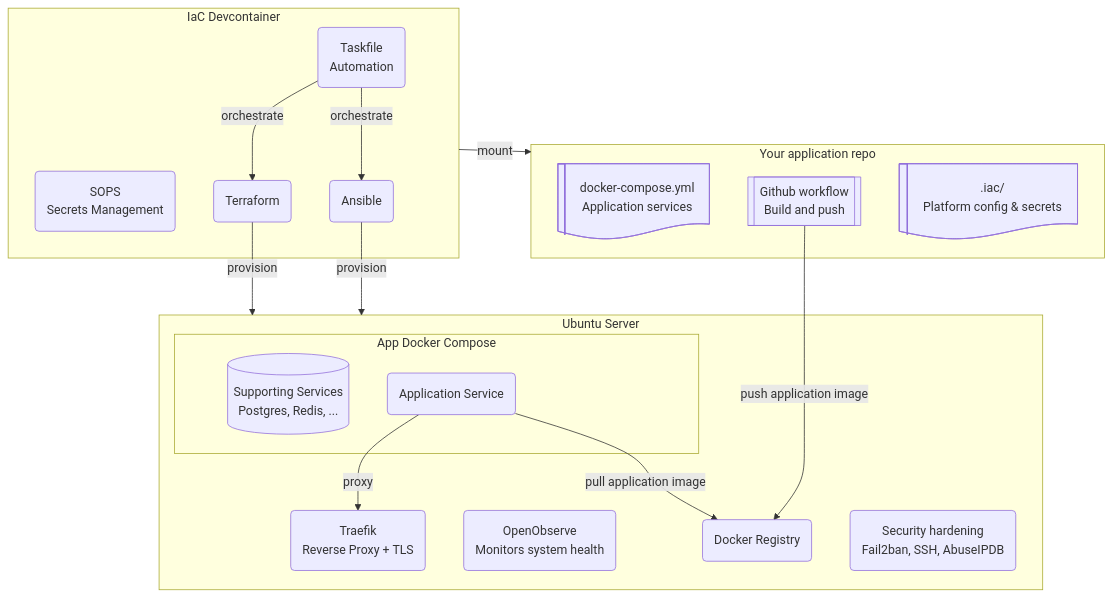
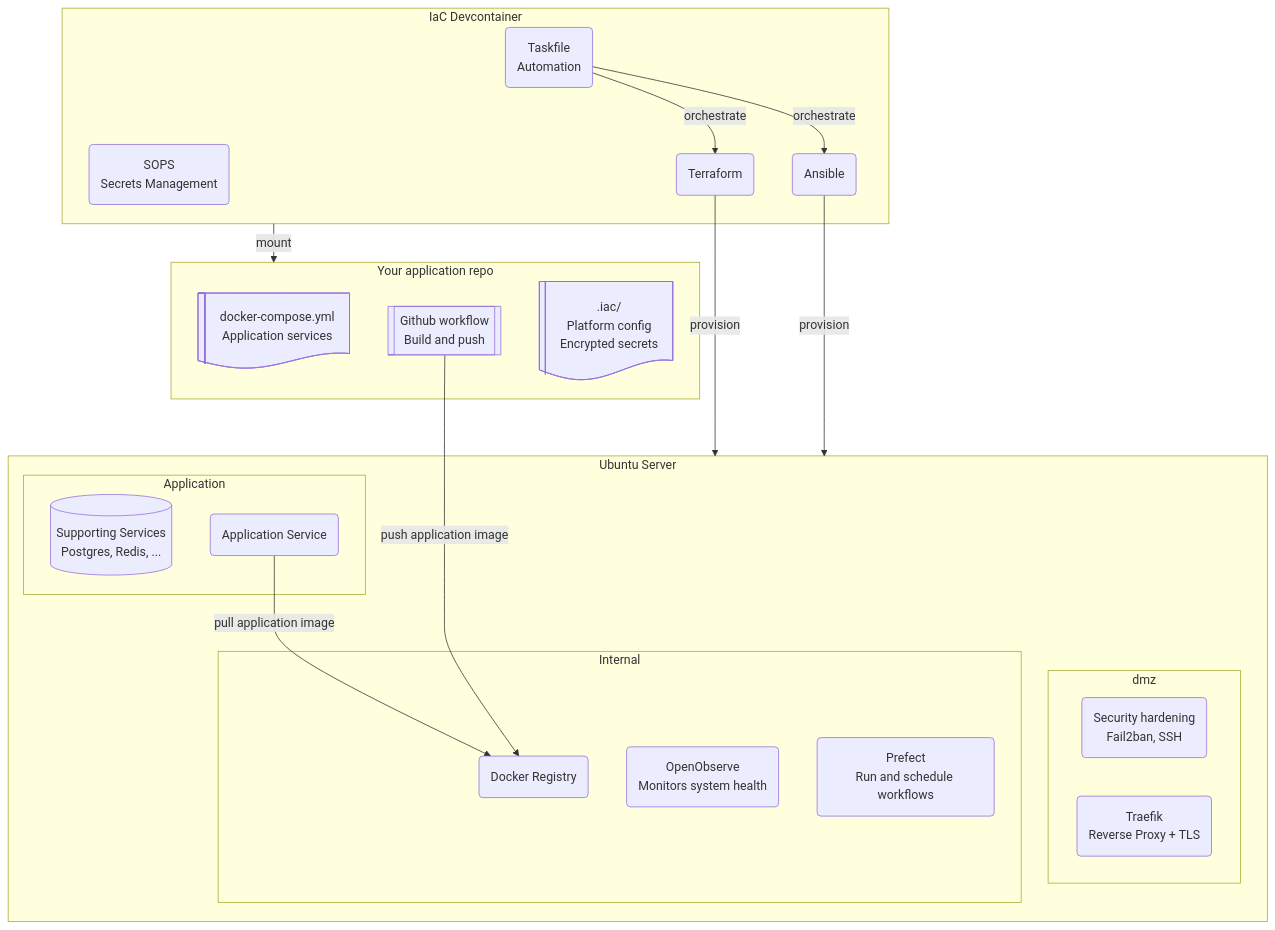
Before and after one commit to rednaw/iac: the diagram in docs/README.md, drawn with Mermaid. The commit also changed other lines of this file and 22 other files, not shown here.

````diff
--- a/docs/README.md
+++ b/docs/README.md
@@ -7,39 +7,42 @@
 ```mermaid
 graph TB
     subgraph IAC[IaC Devcontainer]
         TASK(Taskfile<br/>Automation)
         SOPS(SOPS<br/>Secrets Management)
         TF(Terraform)
         ANS(Ansible)
     end
 
     subgraph SERVER[Ubuntu Server]
-      TRAEFIK(Traefik<br/>Reverse Proxy + TLS)
-      subgraph DOCKER[App Docker Compose]
+      subgraph DMZ[dmz]
+        SEC(Security hardening<br/>Fail2ban, SSH)
+        TRAEFIK(Traefik<br/>Reverse Proxy + TLS)
+      end
+      subgraph DOCKER[Application]
         SUPPORTING_SERVICES@{ shape: cyl, label: "Supporting Services<br/>Postgres, Redis, ..." }
         APP_SERVICE(Application Service)
       end
-      OBSERVE(OpenObserve<br/>Monitors system health)
-      REGISTRY(Docker Registry)
-      SEC(Security hardening<br/>Fail2ban, SSH, AbuseIPDB)
+      subgraph SYSTEM[Internal]
+        REGISTRY(Docker Registry)
+        OBSERVE(OpenObserve<br/>Monitors system health)
+        WORKFLOWS(Prefect<br/>Run and schedule workflows)
+      end
     end
 
     subgraph APP[Your application repo]
       COMPOSE@{ shape: lin-doc, label: "docker-compose.yml<br/>Application services" }
       PUSH@{ shape: subproc, label: "Github workflow<br/>Build and push" }
-      IAC_YML@{ shape: lin-doc, label: ".iac/<br/>Platform config & secrets" }
+      IAC_YML@{ shape: lin-doc, label: ".iac/<br/>Platform config<br/>Encrypted secrets" }
     end
 
-    IAC -->|mount| APP
+    IAC --->|mount| APP
 
     TASK -->|orchestrate| TF
     TASK -->|orchestrate| ANS
         
     TF -->|provision| SERVER    
     ANS -->|provision| SERVER
 
     APP_SERVICE -->|pull application image| REGISTRY
-    PUSH -->|push application image| REGISTRY 
-    
-    APP_SERVICE -->|proxy| TRAEFIK
+    PUSH --->|push application image| REGISTRY 
 ```
````
